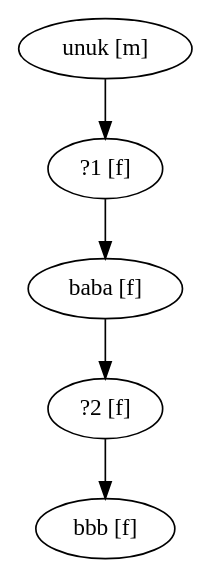
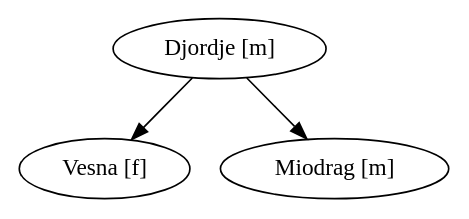
Before and after one commit to DjordjeR/esp_ass: the diagram in test.dot, drawn with Graphviz. The commit also changed 4 other files, not shown here.

```diff
--- a/test.dot
+++ b/test.dot
@@ -1,8 +1,7 @@
 digraph FamilyTree
 {
-  "?1 [f]" -> "baba [f]";
-  "unuk [m]" -> "?1 [f]";
-  "baba [f]" -> "?2 [f]";
-  "?2 [f]" -> "bbb [f]";
-  "bbb [f]";
+  "Djordje [m]" -> "Vesna [f]";
+  "Djordje [m]" -> "Miodrag [m]";
+  "Miodrag [m]";
+  "Vesna [f]";
 }
```
